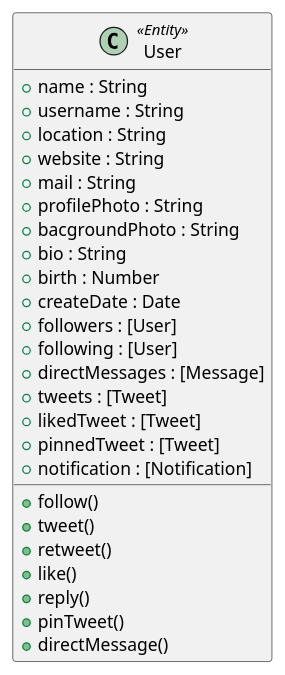
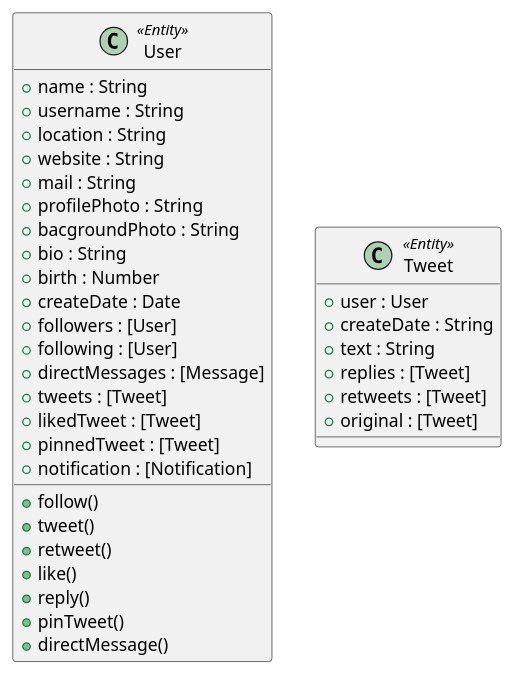
One commit to veyselusta/twitter changed the diagram in class-diagram.puml. Above: the diagram before and after it, drawn with PlantUML.

Commit message:
Add Tweet Class

```diff
--- a/class-diagram.puml
+++ b/class-diagram.puml
@@ -1,32 +1,40 @@
 @startuml "Class Diagram"
 
 class User <<Entity>> {
   + name : String
   + username : String
   + location : String
   + website : String
   + mail : String
   + profilePhoto : String
   + bacgroundPhoto : String
   + bio : String
   + birth : Number
   + createDate : Date
   + followers : [User]
   + following : [User]
   + directMessages : [Message]
   + tweets : [Tweet]
   + likedTweet : [Tweet]
   + pinnedTweet : [Tweet]
   + notification : [Notification]
 
   + follow()
   + tweet()
   + retweet()
   + like()
   + reply()
   + pinTweet()
   + directMessage()
+}
 
+class Tweet <<Entity>> {
+  + user : User
+  + createDate : String
+  + text : String
+  + replies : [Tweet]
+  + retweets : [Tweet]
+  + original : [Tweet]
 }
 
 @enduml
```
